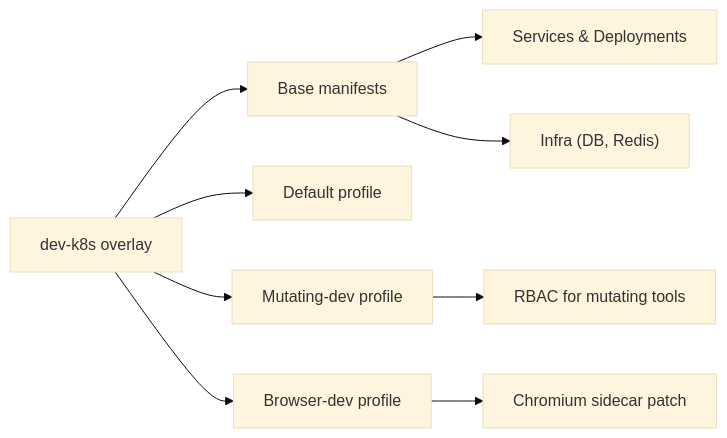
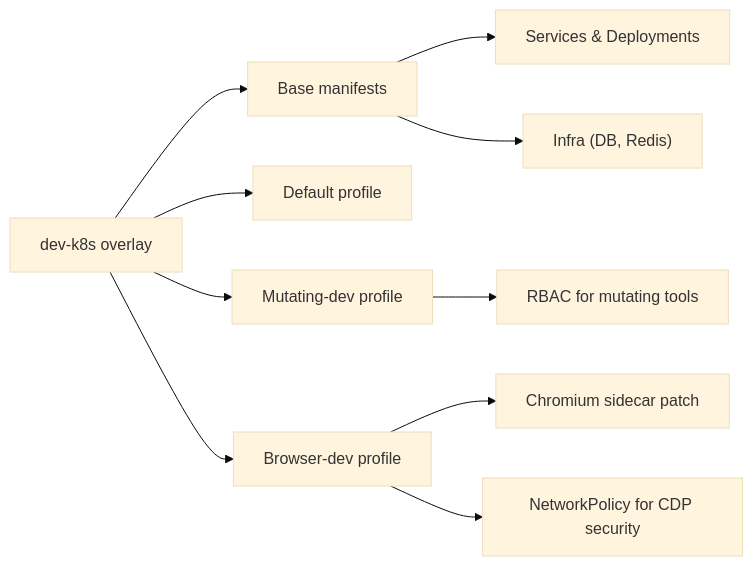
One commit to metasync/luban-aiops changed the third of 4 diagrams in .qoder/repowiki/en/content/Development Guide/Build System and Deployment Automation/GitOps Deployment with Kustomize/Environment-Specific Overlays.md. Above: the diagram before and after it, drawn with Mermaid (base theme). The commit also changed other lines of this file and 102 other files, not shown here.

````diff
--- a/.qoder/repowiki/en/content/Development Guide/Build System and Deployment Automation/GitOps Deployment with Kustomize/Environment-Specific Overlays.md
+++ b/.qoder/repowiki/en/content/Development Guide/Build System and Deployment Automation/GitOps Deployment with Kustomize/Environment-Specific Overlays.md
@@ -228,11 +241,12 @@
 ```mermaid
 graph LR
 DevOverlay["dev-k8s overlay"] --> Base["Base manifests"]
 DevOverlay --> DefaultProfile["Default profile"]
 DevOverlay --> MutatingDev["Mutating-dev profile"]
 DevOverlay --> BrowserDev["Browser-dev profile"]
 Base --> Services["Services & Deployments"]
 Base --> Infra["Infra (DB, Redis)"]
 MutatingDev --> RBAC["RBAC for mutating tools"]
 BrowserDev --> Sidecar["Chromium sidecar patch"]
+BrowserDev --> NetworkPolicy["NetworkPolicy for CDP security"]
 ```
````
